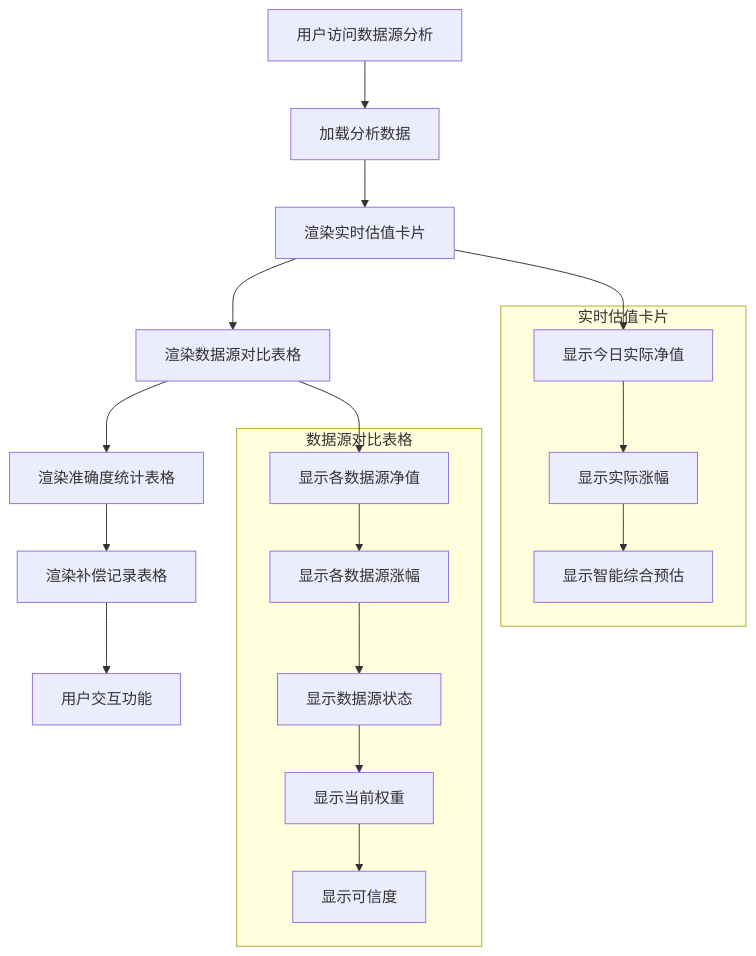
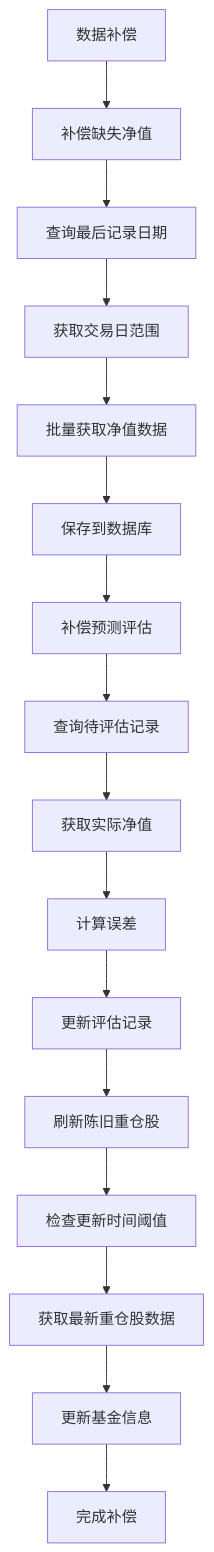
One commit to gree-coder/fund-butler changed diagram 21 of 28 in .qoder/repowiki/zh/content/核心功能开发/FundController增强.md. Above: the diagram before and after it, drawn with Mermaid. The commit also changed other lines of this file and 7 other files, not shown here.

````diff
--- a/.qoder/repowiki/zh/content/核心功能开发/FundController增强.md
+++ b/.qoder/repowiki/zh/content/核心功能开发/FundController增强.md
@@ -813,29 +873,18 @@
 ```mermaid
 flowchart TD
-A[用户访问数据源分析] --> B[加载分析数据]
-B --> C[渲染实时估值卡片]
-C --> D[渲染数据源对比表格]
-D --> E[渲染准确度统计表格]
-E --> F[渲染补偿记录表格]
-F --> G[用户交互功能]
-subgraph "实时估值卡片"
-H[显示今日实际净值]
-I[显示实际涨幅]
-J[显示智能综合预估]
-end
-C --> H
-H --> I
-I --> J
-subgraph "数据源对比表格"
-K[显示各数据源净值]
-L[显示各数据源涨幅]
-M[显示数据源状态]
-N[显示当前权重]
-O[显示可信度]
-end
-D --> K
-K --> L
-L --> M
-M --> N
-N --> O
+A[数据补偿] --> B[补偿缺失净值]
+B --> C[查询最后记录日期]
+C --> D[获取交易日范围]
+D --> E[批量获取净值数据]
+E --> F[保存到数据库]
+F --> G[补偿预测评估]
+G --> H[查询待评估记录]
+H --> I[获取实际净值]
+I --> J[计算误差]
+J --> K[更新评估记录]
+K --> L[刷新陈旧重仓股]
+L --> M[检查更新时间阈值]
+M --> N[获取最新重仓股数据]
+N --> O[更新基金信息]
+O --> P[完成补偿]
 ```
````
